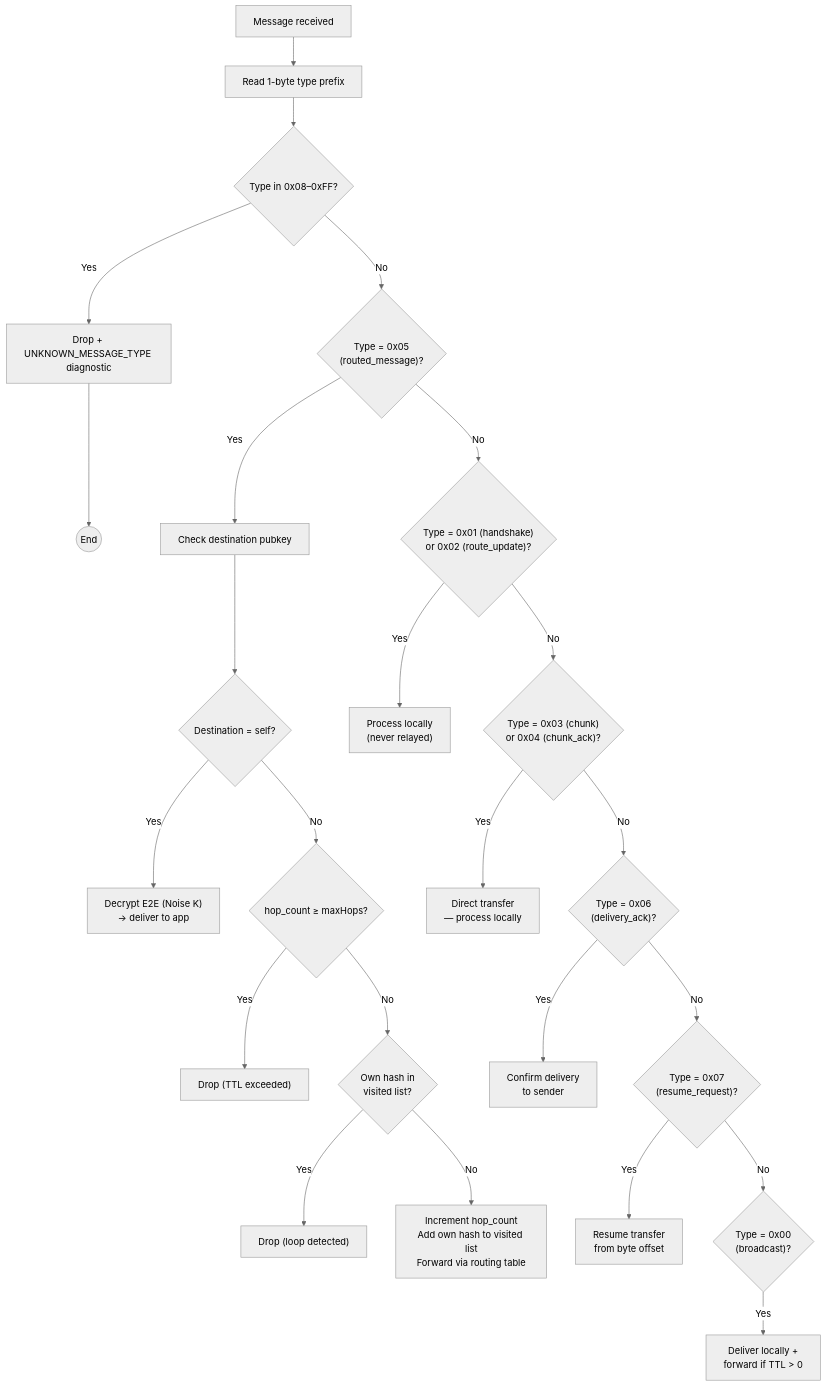
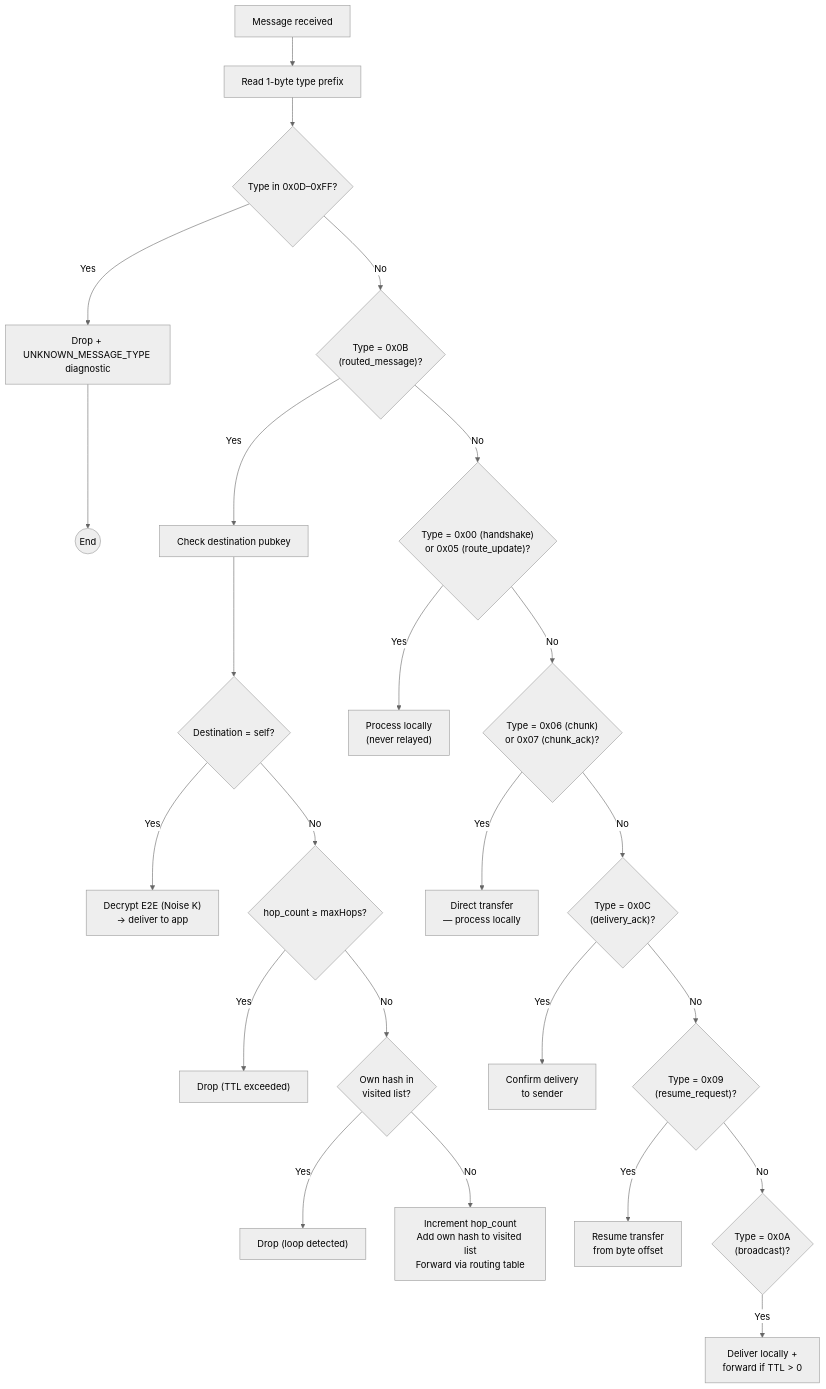
The first of 17 diagrams in docs/design.md (trancee/MeshLink), drawn with Mermaid (neutral theme) before and after one commit. The commit also changed other lines of this file and 16 other files, not shown here.

````diff
--- a/docs/design.md
+++ b/docs/design.md
@@ -107,34 +107,34 @@
 ```mermaid
 flowchart TD
     Start["Message received"] --> ReadType["Read 1-byte type prefix"]
 
-    ReadType --> ReservedCheck{"Type in 0x08–0xFF?"}
+    ReadType --> ReservedCheck{"Type in 0x0D–0xFF?"}
     ReservedCheck -- Yes --> DropUnknown["Drop + UNKNOWN_MESSAGE_TYPE diagnostic"]
     DropUnknown --> End1(("End"))
 
-    ReservedCheck -- No --> IsRouted{"Type = 0x05\n(routed_message)?"}
+    ReservedCheck -- No --> IsRouted{"Type = 0x0B\n(routed_message)?"}
 
     IsRouted -- Yes --> CheckDest["Check destination pubkey"]
     CheckDest --> IsSelf{"Destination = self?"}
     IsSelf -- Yes --> DecryptE2E["Decrypt E2E (Noise K)\n→ deliver to app"]
     IsSelf -- No --> CheckHops{"hop_count ≥ maxHops?"}
     CheckHops -- Yes --> DropTTL["Drop (TTL exceeded)"]
     CheckHops -- No --> CheckLoop{"Own hash in\nvisited list?"}
     CheckLoop -- Yes --> DropLoop["Drop (loop detected)"]
     CheckLoop -- No --> Forward["Increment hop_count\nAdd own hash to visited list\nForward via routing table"]
 
-    IsRouted -- No --> IsHandshakeControl{"Type = 0x01 (handshake)\nor 0x02 (route_update)?"}
+    IsRouted -- No --> IsHandshakeControl{"Type = 0x00 (handshake)\nor 0x05 (route_update)?"}
     IsHandshakeControl -- Yes --> ProcessLocal["Process locally\n(never relayed)"]
 
-    IsHandshakeControl -- No --> IsChunk{"Type = 0x03 (chunk)\nor 0x04 (chunk_ack)?"}
+    IsHandshakeControl -- No --> IsChunk{"Type = 0x06 (chunk)\nor 0x07 (chunk_ack)?"}
     IsChunk -- Yes --> DirectTransfer["Direct transfer\n— process locally"]
 
-    IsChunk -- No --> IsDeliveryAck{"Type = 0x06\n(delivery_ack)?"}
+    IsChunk -- No --> IsDeliveryAck{"Type = 0x0C\n(delivery_ack)?"}
     IsDeliveryAck -- Yes --> ConfirmDelivery["Confirm delivery\nto sender"]
 
-    IsDeliveryAck -- No --> IsResume{"Type = 0x07\n(resume_request)?"}
+    IsDeliveryAck -- No --> IsResume{"Type = 0x09\n(resume_request)?"}
     IsResume -- Yes --> ResumeTransfer["Resume transfer\nfrom byte offset"]
 
-    IsResume -- No --> IsBroadcast{"Type = 0x00\n(broadcast)?"}
+    IsResume -- No --> IsBroadcast{"Type = 0x0A\n(broadcast)?"}
     IsBroadcast -- Yes --> Broadcast["Deliver locally +\nforward if TTL > 0"]
 ```
````
